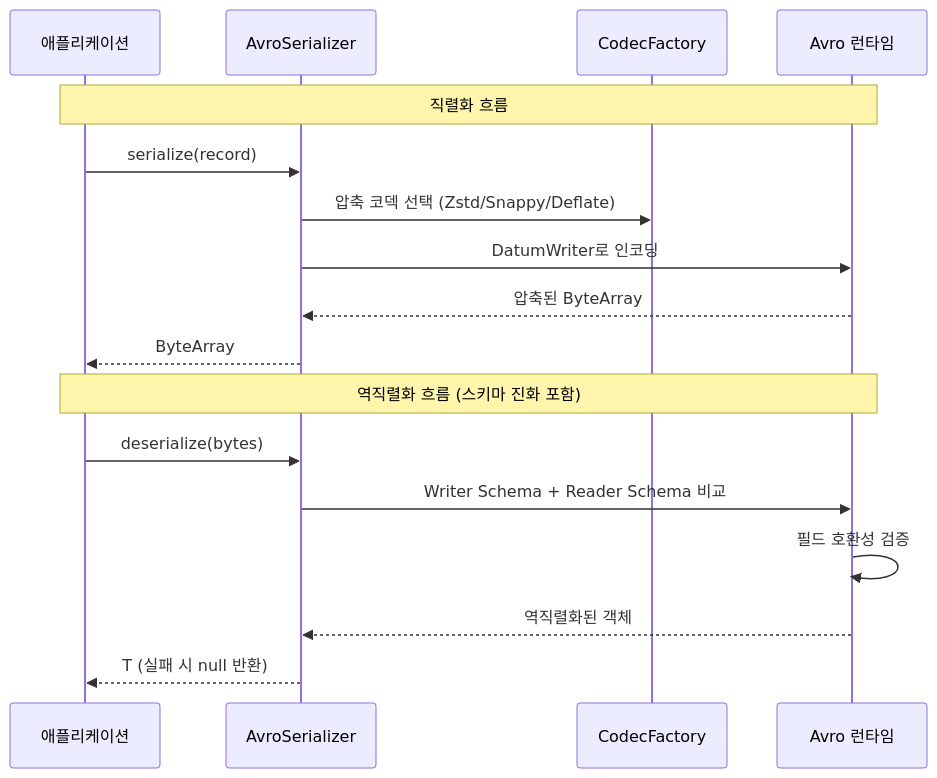
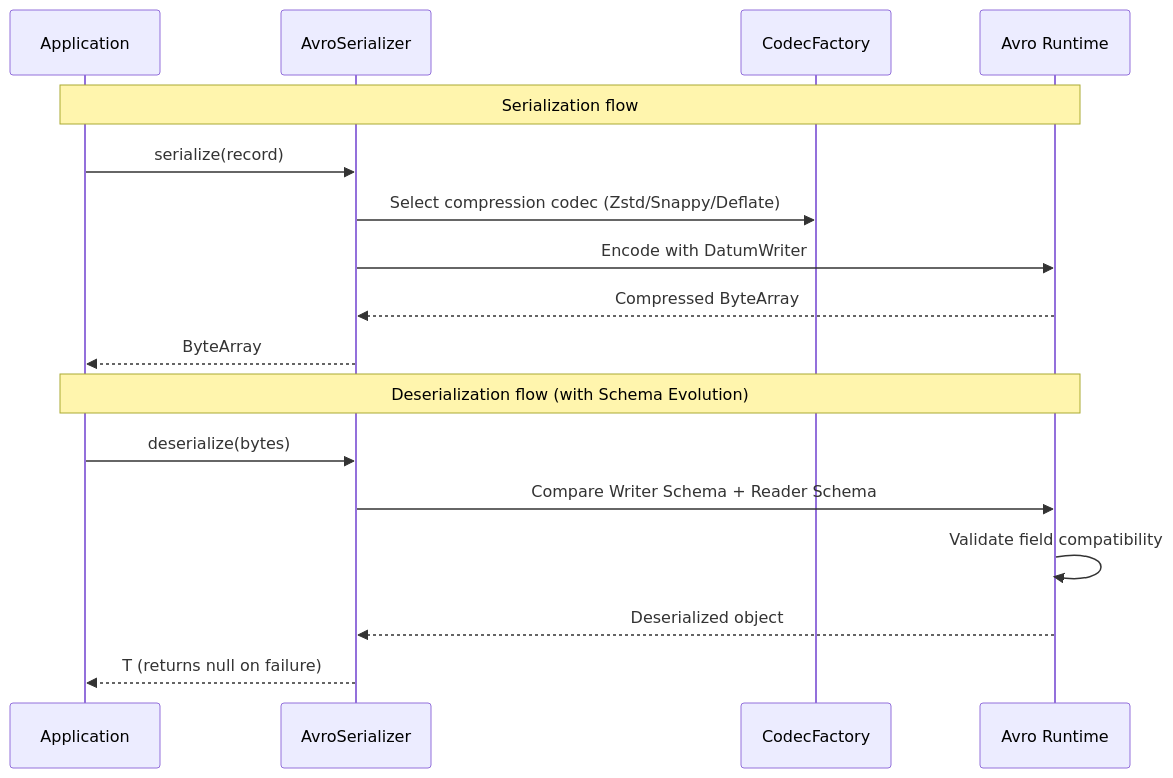
One commit to bluetape4k/bluetape4k-projects changed the second of 3 diagrams in io/avro/README.md. Above: the diagram before and after it, drawn with Mermaid. The commit also changed other lines of this file and 265 other files, not shown here.

````diff
--- a/io/avro/README.md
+++ b/io/avro/README.md
@@ -173,21 +174,21 @@
 ```mermaid
 sequenceDiagram
-    participant 앱 as 애플리케이션
+    participant App as Application
     participant S as AvroSerializer
     participant C as CodecFactory
-    participant A as Avro 런타임
+    participant A as Avro Runtime
 
-    Note over 앱,A: 직렬화 흐름
-    앱->>S: serialize(record)
-    S->>C: 압축 코덱 선택 (Zstd/Snappy/Deflate)
-    S->>A: DatumWriter로 인코딩
-    A-->>S: 압축된 ByteArray
-    S-->>앱: ByteArray
+    Note over App,A: Serialization flow
+    App->>S: serialize(record)
+    S->>C: Select compression codec (Zstd/Snappy/Deflate)
+    S->>A: Encode with DatumWriter
+    A-->>S: Compressed ByteArray
+    S-->>App: ByteArray
 
-    Note over 앱,A: 역직렬화 흐름 (스키마 진화 포함)
-    앱->>S: deserialize(bytes)
-    S->>A: Writer Schema + Reader Schema 비교
-    A->>A: 필드 호환성 검증
-    A-->>S: 역직렬화된 객체
-    S-->>앱: T (실패 시 null 반환)
+    Note over App,A: Deserialization flow (with Schema Evolution)
+    App->>S: deserialize(bytes)
+    S->>A: Compare Writer Schema + Reader Schema
+    A->>A: Validate field compatibility
+    A-->>S: Deserialized object
+    S-->>App: T (returns null on failure)
 ```
````
